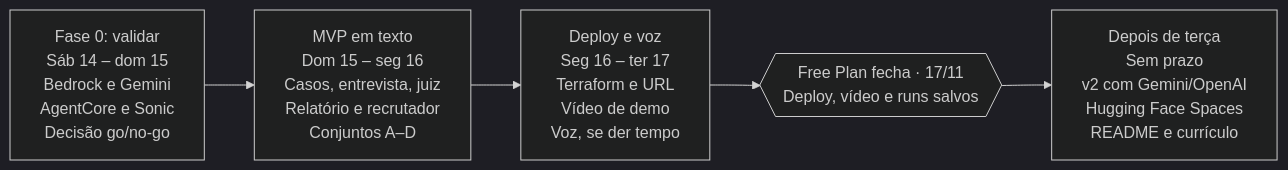
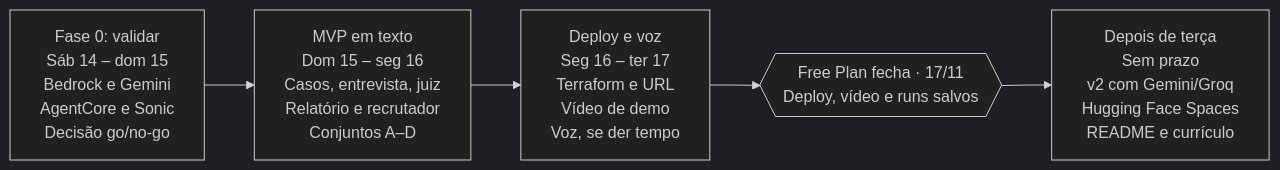
Before and after one commit to nemofromdreamland/mia: the diagram in docs/PRD.md, drawn with Mermaid (dark theme). The commit also changed other lines of this file and 4 other files, not shown here.

Commit message:
docs: swap Llama→Mistral Large 3 and OpenAI→Groq (free tiers only)

````diff
--- a/docs/PRD.md
+++ b/docs/PRD.md
@@ -175,9 +175,9 @@
 ```mermaid
 flowchart LR
     F0["Fase 0: validar<br/>Sáb 14 – dom 15<br/>Bedrock e Gemini<br/>AgentCore e Sonic<br/>Decisão go/no-go"]
     MVP["MVP em texto<br/>Dom 15 – seg 16<br/>Casos, entrevista, juiz<br/>Relatório e recrutador<br/>Conjuntos A–D"]
     DEP["Deploy e voz<br/>Seg 16 – ter 17<br/>Terraform e URL<br/>Vídeo de demo<br/>Voz, se der tempo"]
     GATE{{"Free Plan fecha · 17/11<br/>Deploy, vídeo e runs salvos"}}
-    POS["Depois de terça<br/>Sem prazo<br/>v2 com Gemini/OpenAI<br/>Hugging Face Spaces<br/>README e currículo"]
+    POS["Depois de terça<br/>Sem prazo<br/>v2 com Gemini/Groq<br/>Hugging Face Spaces<br/>README e currículo"]
     F0 --> MVP --> DEP --> GATE --> POS
 ```
````
